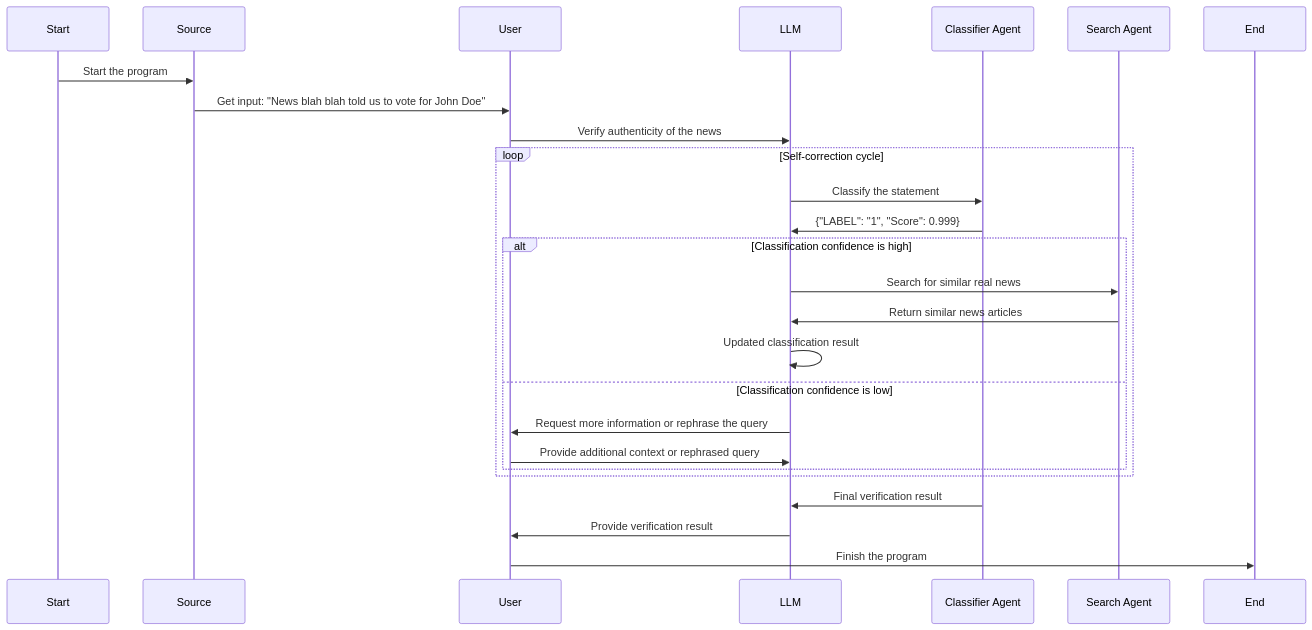
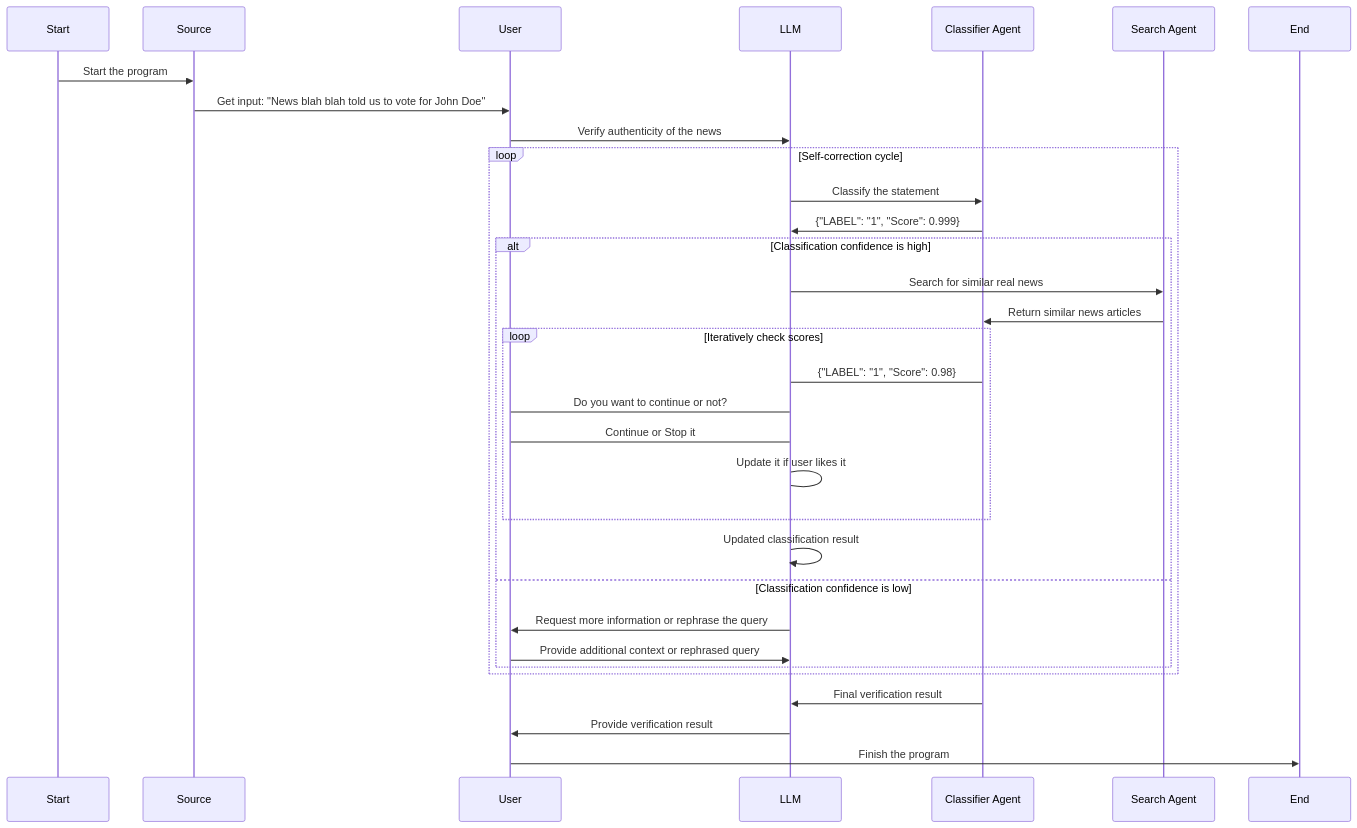
One commit to lliang25/system-diagram changed the diagram in examples/01_real_fake_news.md. Above: the diagram before and after it, drawn with Mermaid.

````diff
--- a/examples/01_real_fake_news.md
+++ b/examples/01_real_fake_news.md
@@ -3,30 +3,38 @@
 ```mermaid
 sequenceDiagram
    participant S as Start
    participant SRC as Source
    participant U as User
    participant L as LLM
    participant A1 as Classifier Agent
    participant A2 as Search Agent
    participant ED as End
 
 
    S->>SRC: Start the program
    SRC->>U: Get input: "News blah blah told us to vote for John Doe"
    U->>L: Verify authenticity of the news
    loop Self-correction cycle
        L->>A1: Classify the statement
        A1->>L: {"LABEL": "1", "Score": 0.999}
        alt Classification confidence is high
            L->>A2: Search for similar real news
-           A2->>L: Return similar news articles
+           A2->>A1: Return similar news articles
+
+                loop Iteratively check scores
+                A1->L: {"LABEL": "1", "Score": 0.98}
+                L->U: Do you want to continue or not?
+                U->L: Continue or Stop it
+                L->L: Update it if user likes it
+                end
+
            L->>L: Updated classification result
        else Classification confidence is low
            L->>U: Request more information or rephrase the query
            U->>L: Provide additional context or rephrased query
        end
    end
    A1->>L: Final verification result
    L->>U: Provide verification result
    U->>ED: Finish the program
 ```
````
